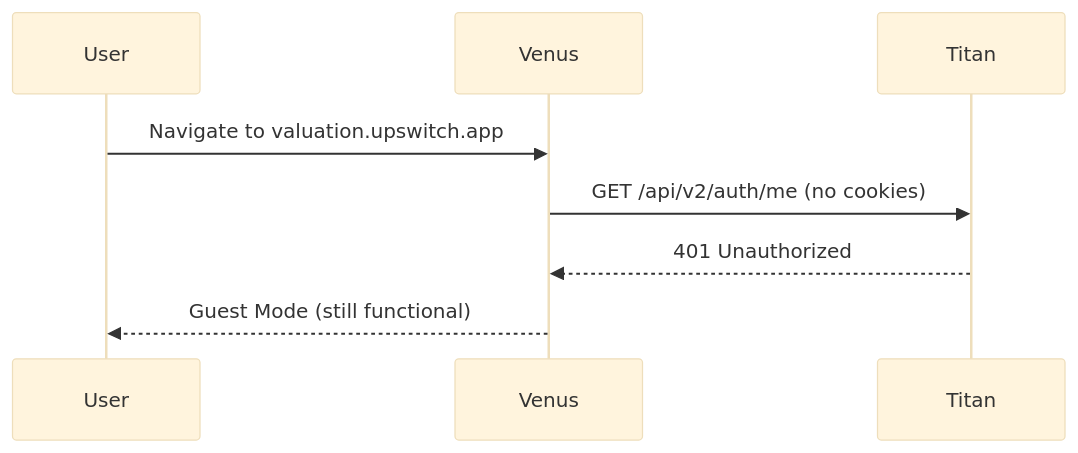
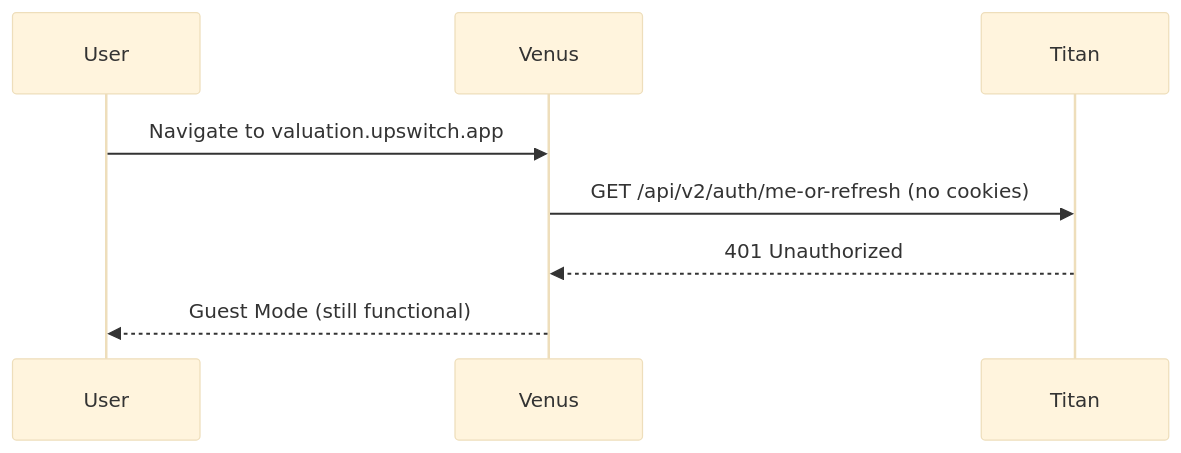
One commit to UpswitchEU/venus changed the first of 5 diagrams in docs/VENUS_AUTHENTICATION.md. Above: the diagram before and after it, drawn with Mermaid (base theme). The commit also changed other lines of this file and 435 other files, not shown here.

````diff
--- a/docs/VENUS_AUTHENTICATION.md
+++ b/docs/VENUS_AUTHENTICATION.md
@@ -53,11 +53,11 @@
 ```mermaid
 sequenceDiagram
     participant User
     participant Venus
     participant Titan
 
     User->>Venus: Navigate to valuation.upswitch.app
-    Venus->>Titan: GET /api/v2/auth/me (no cookies)
+    Venus->>Titan: GET /api/v2/auth/me-or-refresh (no cookies)
     Titan-->>Venus: 401 Unauthorized
     Venus-->>User: Guest Mode (still functional)
 ```
````
